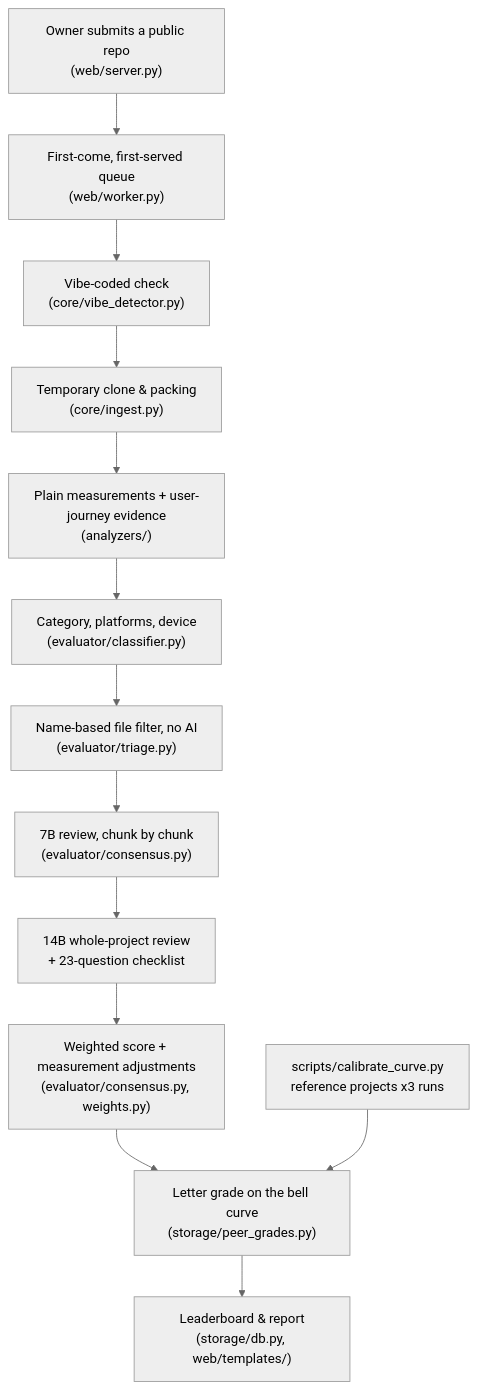
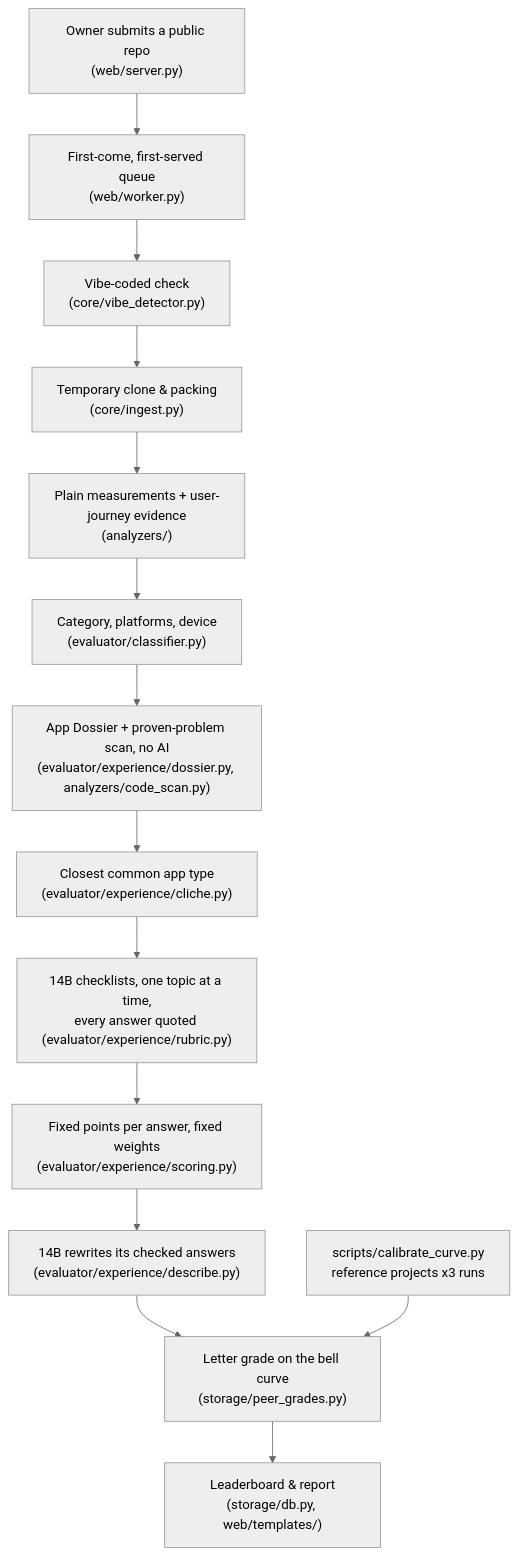
One commit to Todd0042/letsvibe changed the diagram in README.md. Above: the diagram before and after it, drawn with Mermaid (neutral theme). The commit also changed other lines of this file and 26 other files, not shown here.

First line of the commit message:
feat(rubric v8): experience grading replaces the code-reading pipeline

````diff
--- a/README.md
+++ b/README.md
@@ -188,15 +186,16 @@
 ```mermaid
 flowchart TB
     Submit["Owner submits a public repo<br/>(web/server.py)"] --> Queue["First-come, first-served queue<br/>(web/worker.py)"]
     Queue --> Vibe["Vibe-coded check<br/>(core/vibe_detector.py)"]
     Vibe --> Ingest["Temporary clone & packing<br/>(core/ingest.py)"]
     Ingest --> Measure["Plain measurements + user-journey evidence<br/>(analyzers/)"]
     Measure --> Classify["Category, platforms, device<br/>(evaluator/classifier.py)"]
-    Classify --> Filter["Name-based file filter, no AI<br/>(evaluator/triage.py)"]
-    Filter --> Micro["7B review, chunk by chunk<br/>(evaluator/consensus.py)"]
-    Micro --> Macro["14B whole-project review<br/>+ 23-question checklist"]
-    Macro --> Score["Weighted score + measurement adjustments<br/>(evaluator/consensus.py, weights.py)"]
-    Score --> Curve["Letter grade on the bell curve<br/>(storage/peer_grades.py)"]
+    Classify --> Dossier["App Dossier + proven-problem scan, no AI<br/>(evaluator/experience/dossier.py, analyzers/code_scan.py)"]
+    Dossier --> Cliche["Closest common app type<br/>(evaluator/experience/cliche.py)"]
+    Cliche --> Rubric["14B checklists, one topic at a time,<br/>every answer quoted (evaluator/experience/rubric.py)"]
+    Rubric --> Score["Fixed points per answer, fixed weights<br/>(evaluator/experience/scoring.py)"]
+    Score --> Describe["14B rewrites its checked answers<br/>(evaluator/experience/describe.py)"]
+    Describe --> Curve["Letter grade on the bell curve<br/>(storage/peer_grades.py)"]
     Curve --> Board["Leaderboard & report<br/>(storage/db.py, web/templates/)"]
     Calib["scripts/calibrate_curve.py<br/>reference projects x3 runs"] --> Curve
 ```
````
